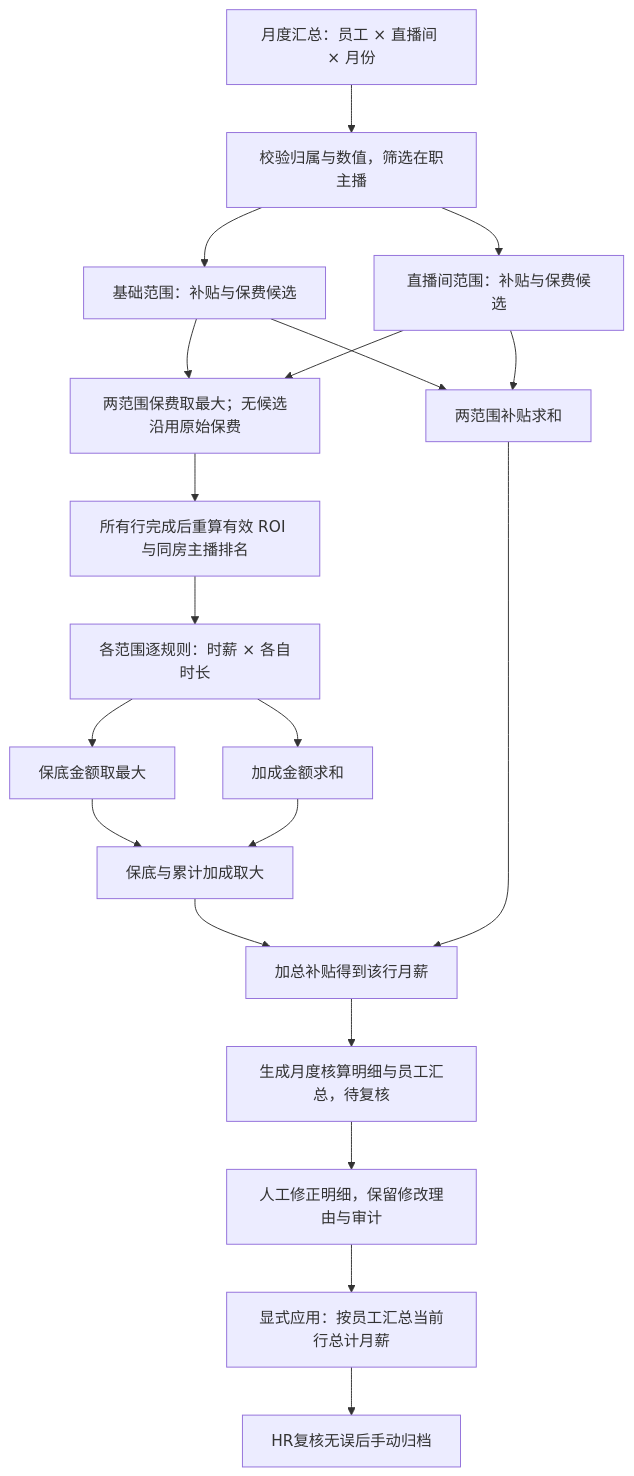
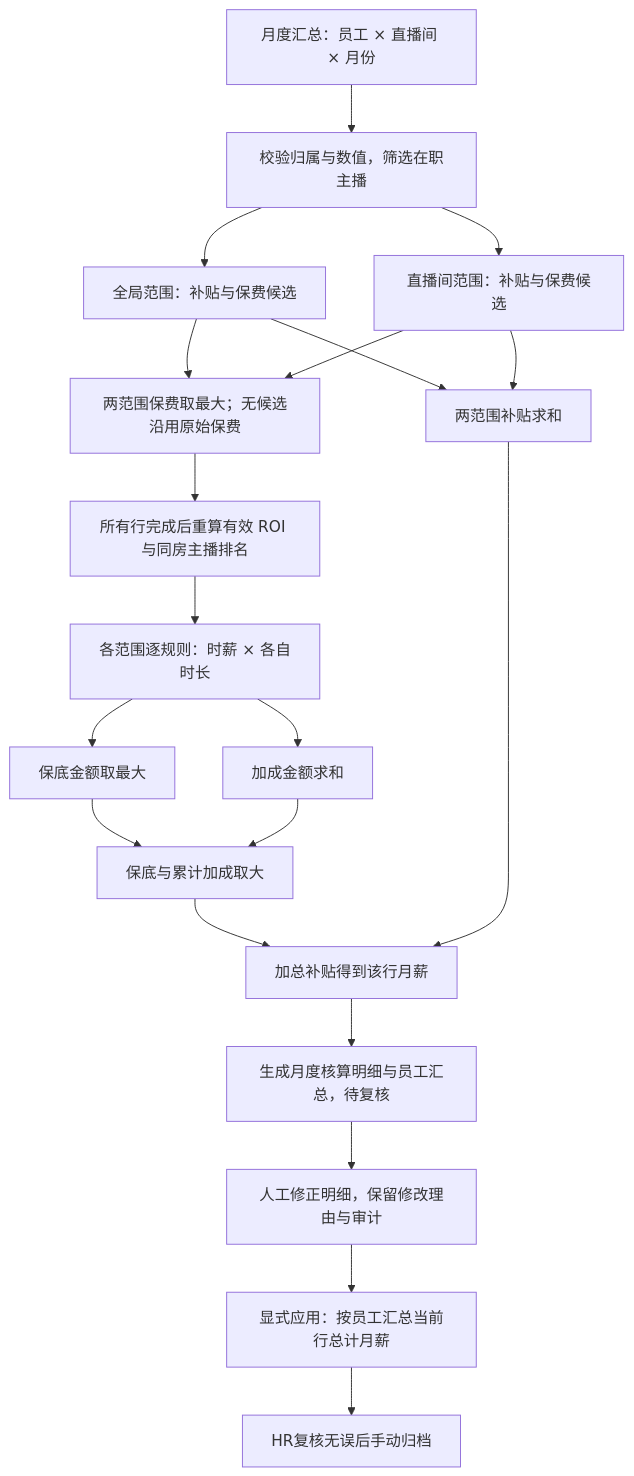
The diagram in docs/superpowers/specs/2026-10-16-layered-payroll-settlement.md (OnfireMrHuang/staffhub), drawn with Mermaid before and after one commit. The commit also changed other lines of this file and 25 other files, not shown here.

````diff
--- a/docs/superpowers/specs/2026-10-16-layered-payroll-settlement.md
+++ b/docs/superpowers/specs/2026-10-16-layered-payroll-settlement.md
@@ -133,22 +141,22 @@
 ```mermaid
 flowchart TD
   S[月度汇总：员工 × 直播间 × 月份] --> Q[校验归属与数值，筛选在职主播]
-  Q --> G[基础范围：补贴与保费候选]
+  Q --> G[全局范围：补贴与保费候选]
   Q --> R[直播间范围：补贴与保费候选]
   G --> P[两范围保费取最大；无候选沿用原始保费]
   R --> P
   P --> I[所有行完成后重算有效 ROI 与同房主播排名]
   I --> H[各范围逐规则：时薪 × 各自时长]
   H --> F[保底金额取最大]
   H --> A[加成金额求和]
   G --> L[两范围补贴求和]
   R --> L
   F --> M[保底与累计加成取大]
   A --> M
   M --> T[加总补贴得到该行月薪]
   L --> T
   T --> U[生成月度核算明细与员工汇总，待复核]
   U --> V[人工修正明细，保留修改理由与审计]
   V --> W[显式应用：按员工汇总当前行总计月薪]
   W --> X[HR复核无误后手动归档]
 ```
````
